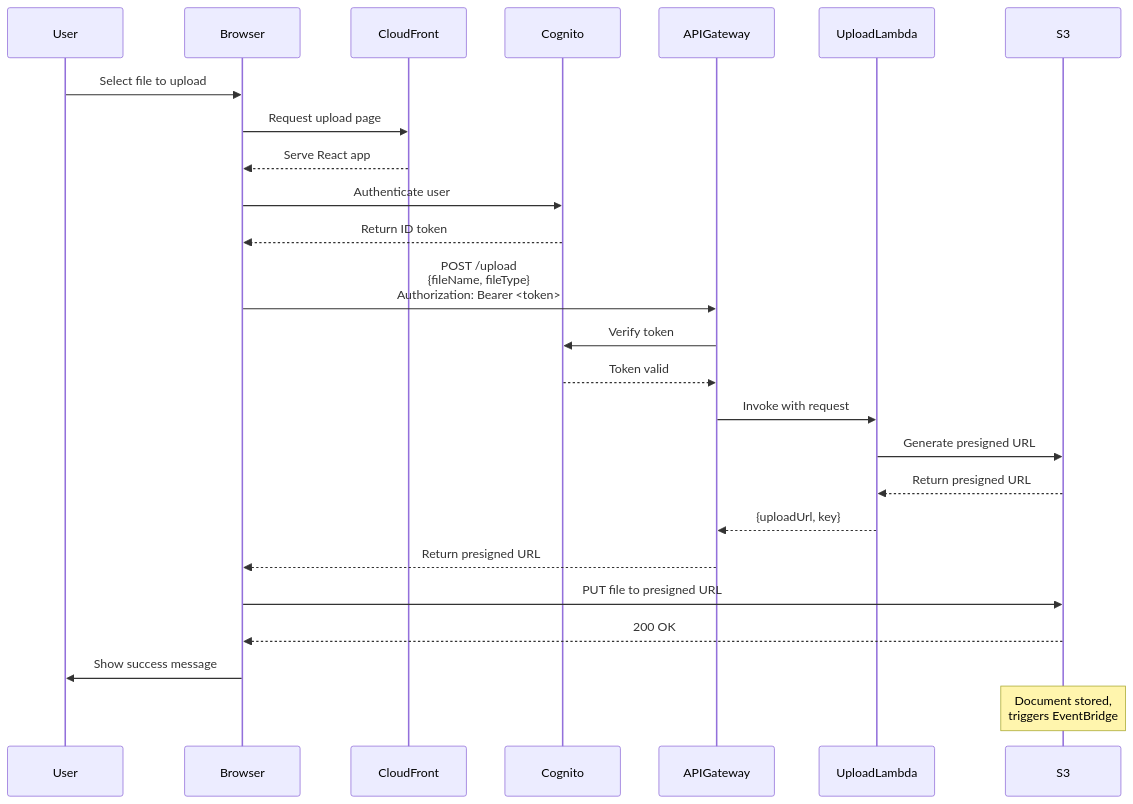
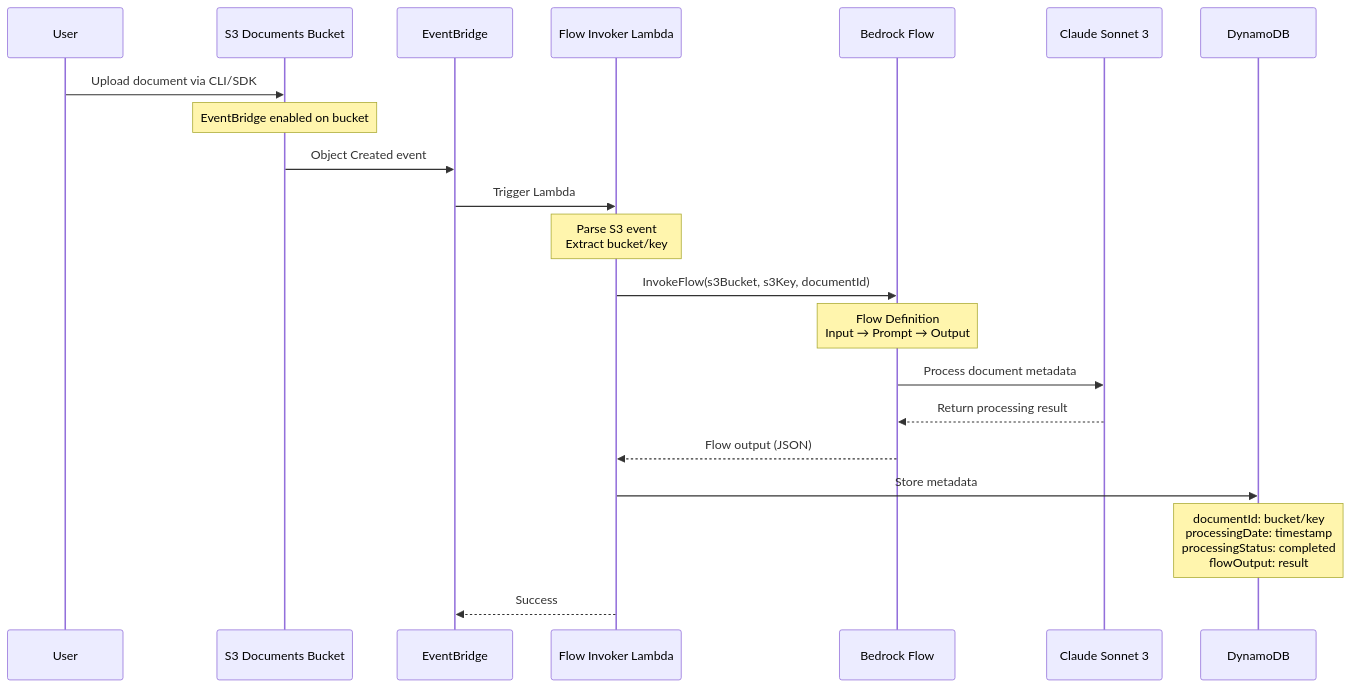
The third of 19 diagrams in ARCHITECTURE.md (annabook21/IntelligentDoc_Processor), drawn with Mermaid before and after one commit. The commit also changed other lines of this file and 5 other files, not shown here.

First line of the commit message:
Add accurate architecture documentation and AWS diagram creation guides

````diff
--- a/ARCHITECTURE.md
+++ b/ARCHITECTURE.md
@@ -301,33 +228,24 @@
 ```mermaid
 sequenceDiagram
     participant User
-    participant Browser
-    participant CloudFront
-    participant Cognito
-    participant APIGateway
-    participant UploadLambda
-    participant S3
+    participant S3 as S3 Documents Bucket
+    participant EB as EventBridge
+    participant FI as Flow Invoker Lambda
+    participant BF as Bedrock Flow
+    participant Claude as Claude Sonnet 3
+    participant DDB as DynamoDB
 
-    User->>Browser: Select file to upload
-    Browser->>CloudFront: Request upload page
-    CloudFront-->>Browser: Serve React app
-    
-    Browser->>Cognito: Authenticate user
-    Cognito-->>Browser: Return ID token
-    
-    Browser->>APIGateway: POST /upload<br/>{fileName, fileType}<br/>Authorization: Bearer <token>
-    APIGateway->>Cognito: Verify token
-    Cognito-->>APIGateway: Token valid
-    
-    APIGateway->>UploadLambda: Invoke with request
-    UploadLambda->>S3: Generate presigned URL
-    S3-->>UploadLambda: Return presigned URL
-    UploadLambda-->>APIGateway: {uploadUrl, key}
-    APIGateway-->>Browser: Return presigned URL
-    
-    Browser->>S3: PUT file to presigned URL
-    S3-->>Browser: 200 OK
-    Browser->>User: Show success message
-    
-    Note over S3: Document stored,<br/>triggers EventBridge
+    User->>S3: Upload document via CLI/SDK
+    Note over S3: EventBridge enabled on bucket
+    S3->>EB: Object Created event
+    EB->>FI: Trigger Lambda
+    Note over FI: Parse S3 event<br/>Extract bucket/key
+    FI->>BF: InvokeFlow(s3Bucket, s3Key, documentId)
+    Note over BF: Flow Definition<br/>Input → Prompt → Output
+    BF->>Claude: Process document metadata
+    Claude-->>BF: Return processing result
+    BF-->>FI: Flow output (JSON)
+    FI->>DDB: Store metadata
+    Note over DDB: documentId: bucket/key<br/>processingDate: timestamp<br/>processingStatus: completed<br/>flowOutput: result
+    FI-->>EB: Success
 ```
````
